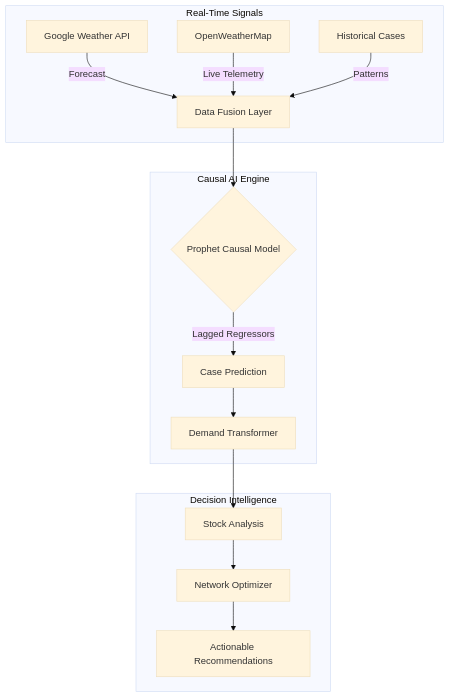
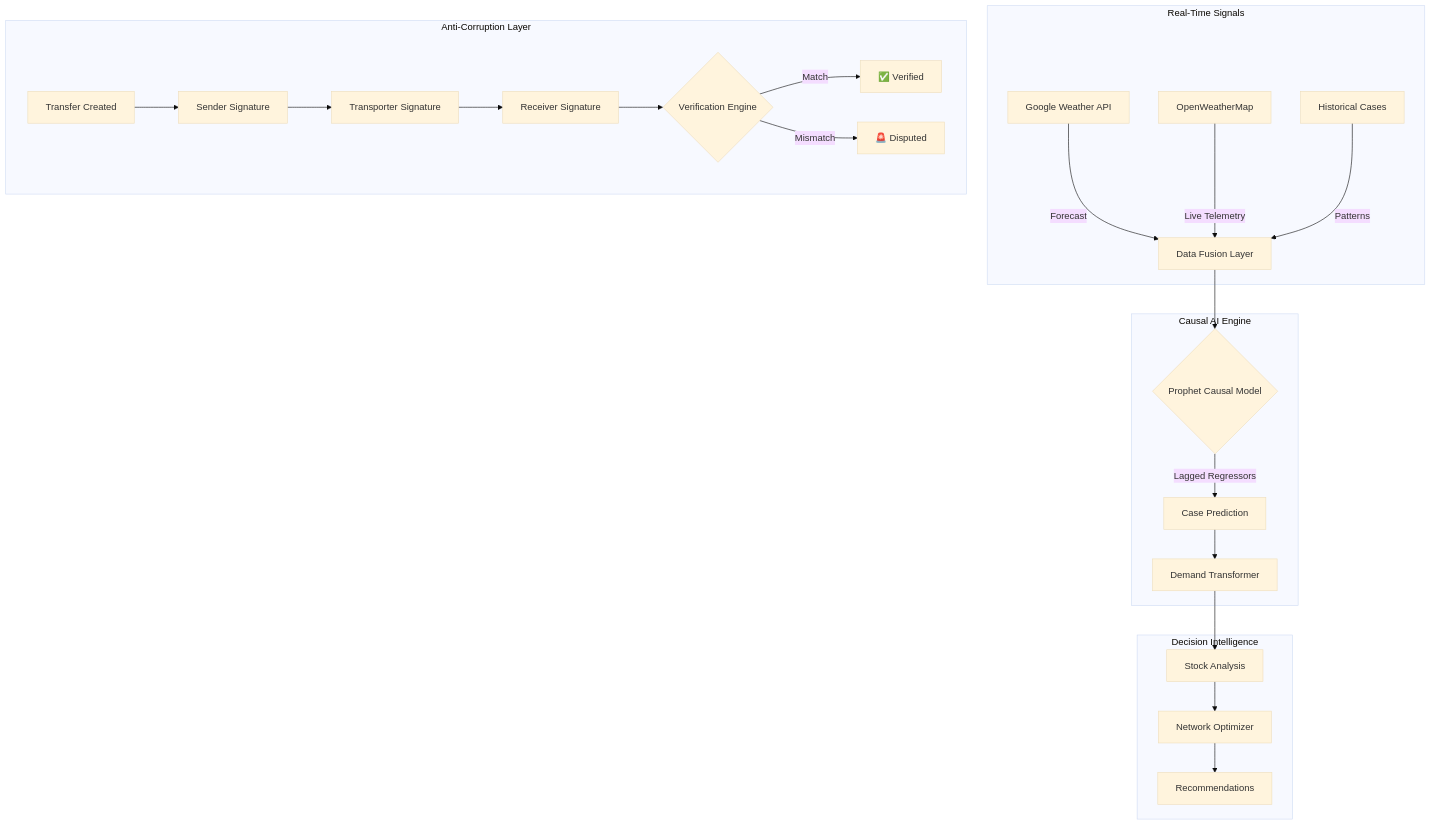
The diagram in README.md (AJ-EN/medpredict-AI), drawn with Mermaid (base theme) before and after one commit. The commit also changed other lines of this file and 3 other files, not shown here.

````diff
--- a/README.md
+++ b/README.md
@@ -51,20 +51,29 @@
 ```mermaid
 graph TD
     subgraph "Real-Time Signals"
         A[Google Weather API] -->|Forecast| D[Data Fusion Layer]
         B[OpenWeatherMap] -->|Live Telemetry| D
         C[Historical Cases] -->|Patterns| D
     end
 
     subgraph "Causal AI Engine"
         D --> E{Prophet Causal Model}
         E -->|Lagged Regressors| F[Case Prediction]
         F --> G[Demand Transformer]
     end
 
     subgraph "Decision Intelligence"
         G --> H[Stock Analysis]
         H --> I[Network Optimizer]
-        I --> J[Actionable Recommendations]
+        I --> J[Recommendations]
+    end
+
+    subgraph "Anti-Corruption Layer"
+        K[Transfer Created] --> L[Sender Signature]
+        L --> M[Transporter Signature]
+        M --> N[Receiver Signature]
+        N --> O{Verification Engine}
+        O -->|Match| P[✅ Verified]
+        O -->|Mismatch| Q[🚨 Disputed]
     end
 ```
````
